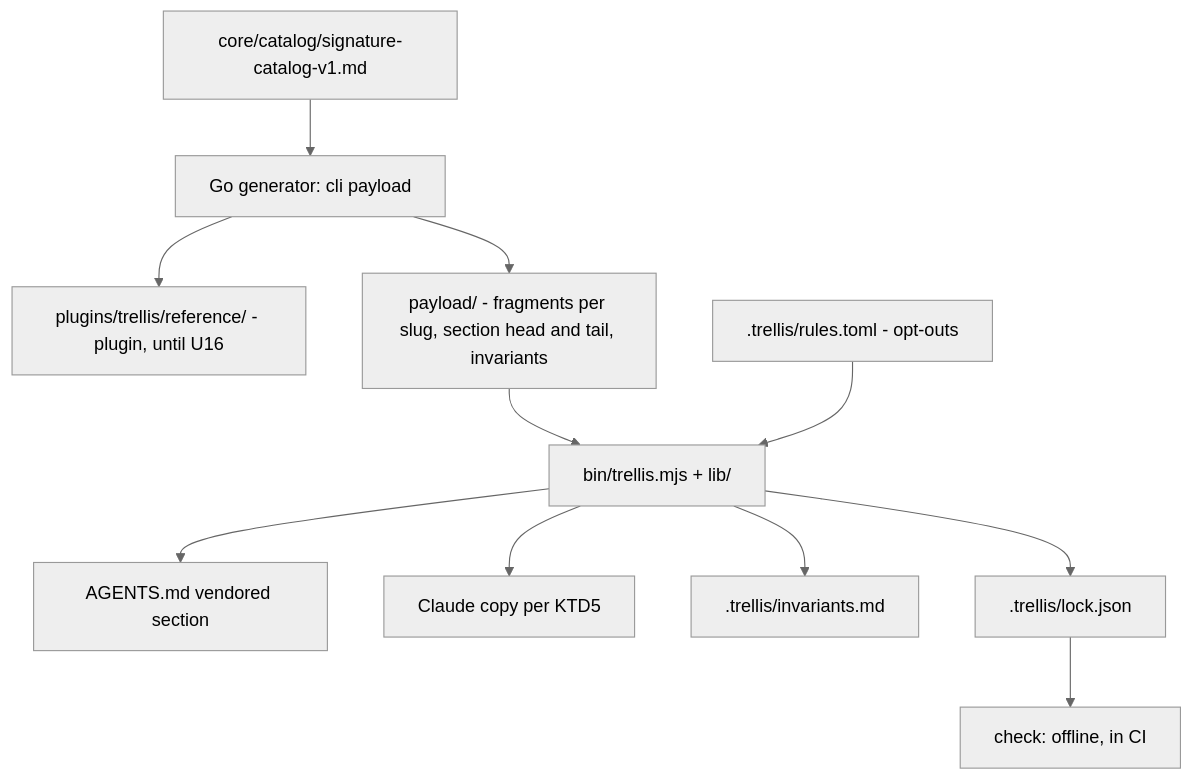
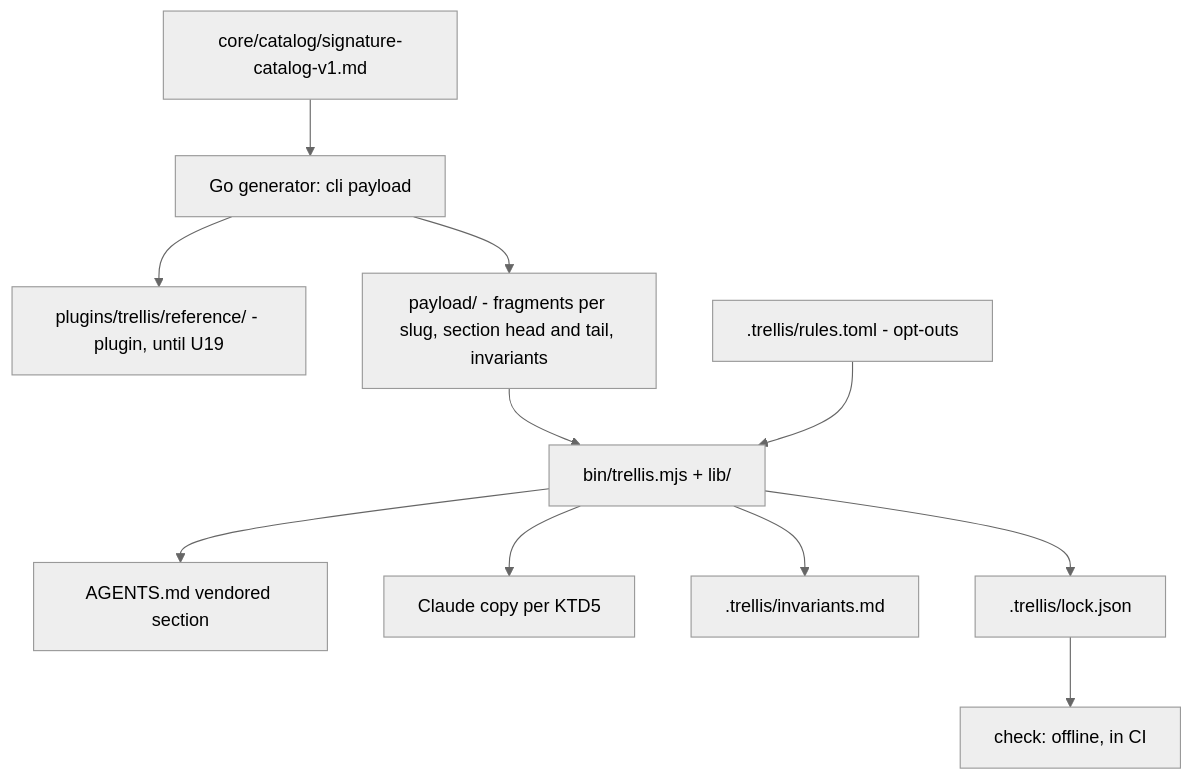
Before and after one commit to kodhama/trellis: the first of 3 diagrams in docs/plans/2026-10-09-1945-refactor-trellis-delivery-direction-plan.md, drawn with Mermaid (neutral theme). The commit also changed other lines of this file, not shown here.

````diff
--- a/docs/plans/2026-10-09-1945-refactor-trellis-delivery-direction-plan.md
+++ b/docs/plans/2026-10-09-1945-refactor-trellis-delivery-direction-plan.md
@@ -255,13 +257,13 @@
 ```mermaid
 flowchart TB
   CAT[core/catalog/signature-catalog-v1.md] --> GEN[Go generator: cli payload]
-  GEN --> REF[plugins/trellis/reference/ - plugin, until U16]
+  GEN --> REF[plugins/trellis/reference/ - plugin, until U19]
   GEN --> PAY[payload/ - fragments per slug, section head and tail, invariants]
   PAY --> CLI[bin/trellis.mjs + lib/]
   TOML[.trellis/rules.toml - opt-outs] --> CLI
   CLI --> AG[AGENTS.md vendored section]
   CLI --> CC[Claude copy per KTD5]
   CLI --> INV[.trellis/invariants.md]
   CLI --> LOCK[.trellis/lock.json]
   LOCK --> CHK[check: offline, in CI]
 ```
````
